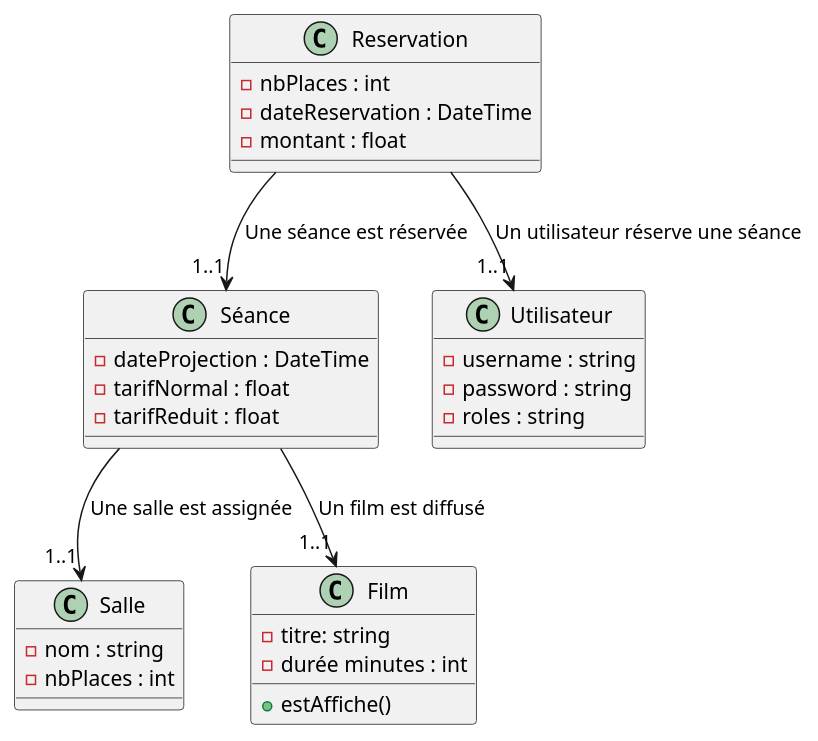
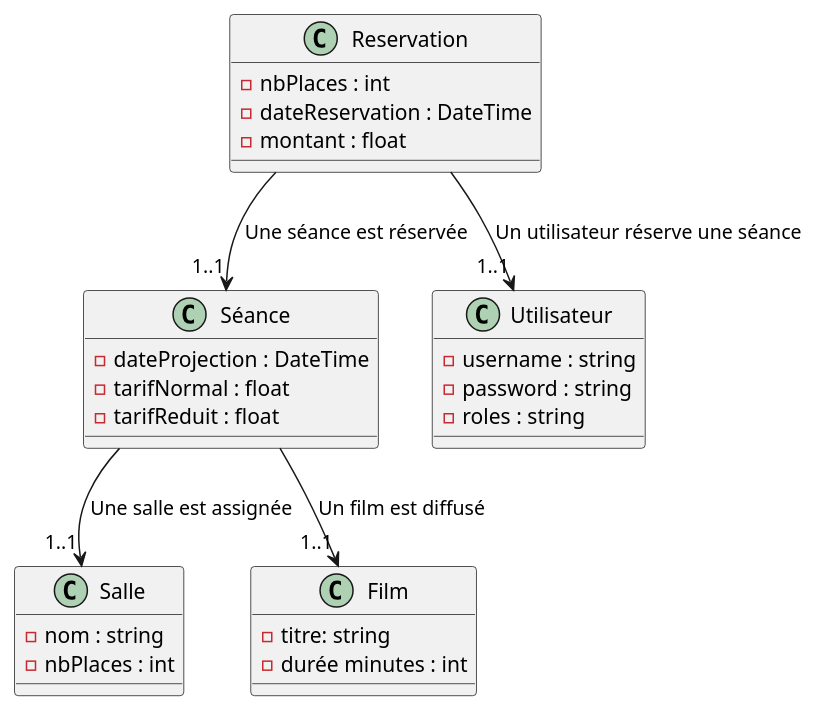
One commit to mutulus/api-bts-projet-api changed the diagram in documentation/diagrammeClass.puml. Above: the diagram before and after it, drawn with PlantUML. The commit also changed 4 other files, not shown here.

```diff
--- a/documentation/diagrammeClass.puml
+++ b/documentation/diagrammeClass.puml
@@ -1,38 +1,37 @@
 @startuml
 'https://plantuml.com/sequence-diagram
 Class Salle{
    -nom : string
    -nbPlaces : int
 }
 Class Séance{
     -dateProjection : DateTime
     -tarifNormal : float
     -tarifReduit : float
 }
 Class Film{
     -titre: string
     -durée minutes : int
-    +estAffiche()
 }
 
 Class Utilisateur{
     -username : string
     -password : string
     -roles : string
 }
 
 Class Reservation{
     -nbPlaces : int
     -dateReservation : DateTime
     -montant : float
 }
 
 
 
 Reservation --> "1..1" Utilisateur : Un utilisateur réserve une séance
 Reservation --> "1..1" Séance : Une séance est réservée
 Séance  --> "1..1" Film : Un film est diffusé
 Séance --> "1..1" Salle : Une salle est assignée
 
 
 @enduml
```
